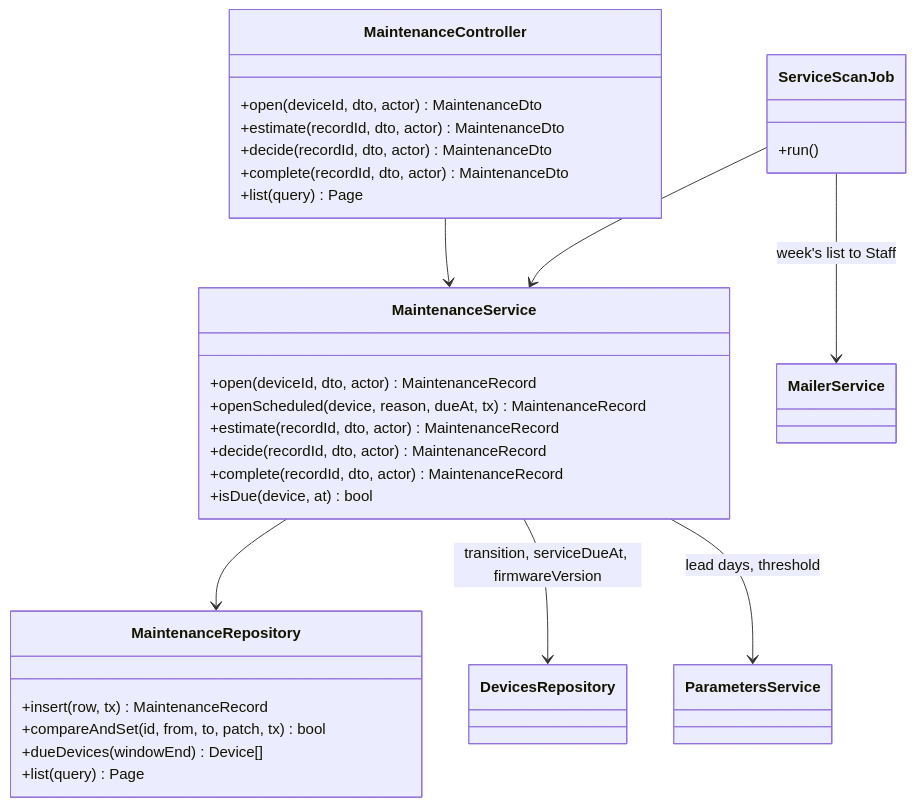
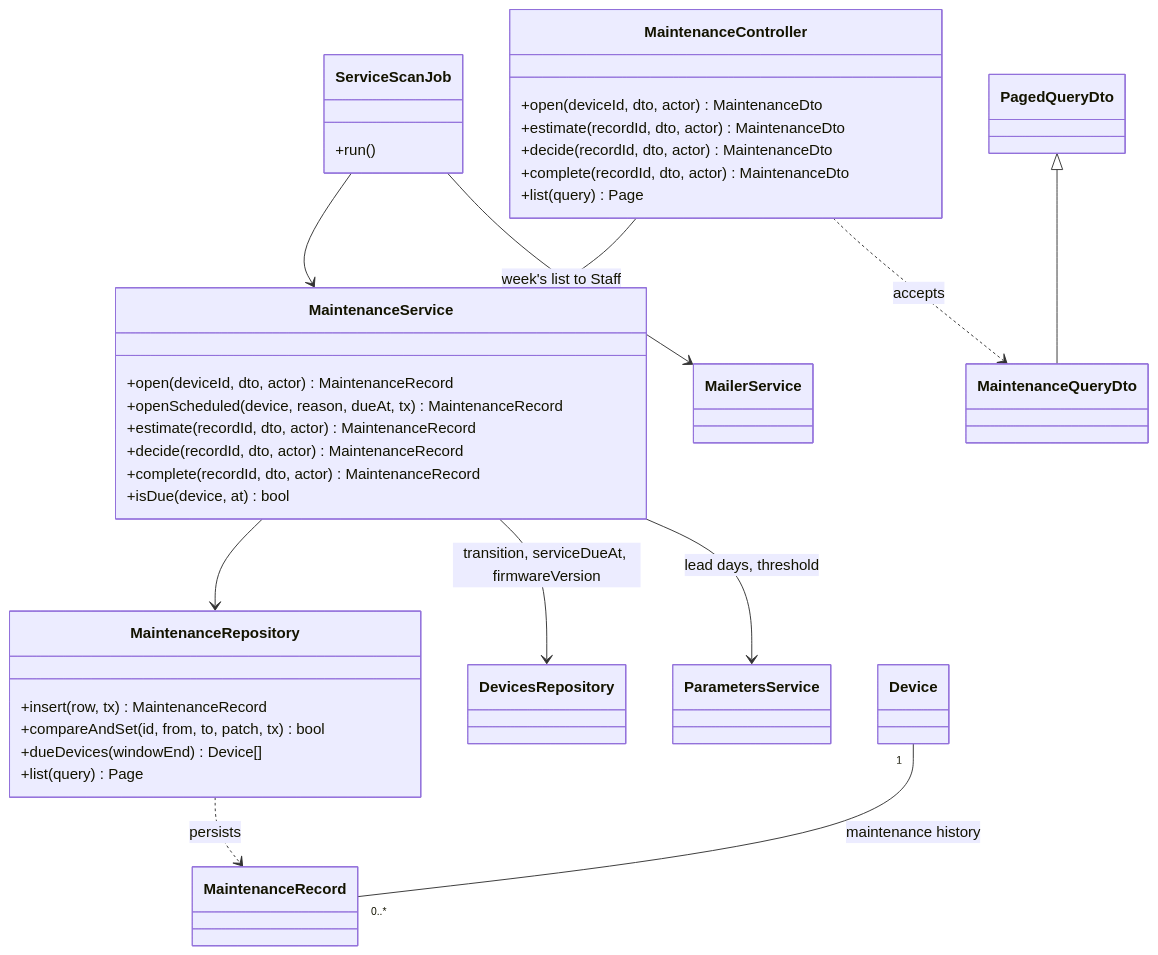
Before and after one commit to TrekLink-Team/treklink-web: diagram 14 of 21 in specs/devices/design.md, drawn with Mermaid. The commit also changed other lines of this file and 7 other files, not shown here.

First line of the commit message:
docs: add code-backed UML class relations and split views

````diff
--- a/specs/devices/design.md
+++ b/specs/devices/design.md
@@ -585,36 +614,51 @@
 ```mermaid
 classDiagram
     class MaintenanceController {
         +open(deviceId, dto, actor) MaintenanceDto
         +estimate(recordId, dto, actor) MaintenanceDto
         +decide(recordId, dto, actor) MaintenanceDto
         +complete(recordId, dto, actor) MaintenanceDto
         +list(query) Page
     }
     class MaintenanceService {
         +open(deviceId, dto, actor) MaintenanceRecord
         +openScheduled(device, reason, dueAt, tx) MaintenanceRecord
         +estimate(recordId, dto, actor) MaintenanceRecord
         +decide(recordId, dto, actor) MaintenanceRecord
         +complete(recordId, dto, actor) MaintenanceRecord
         +isDue(device, at) bool
     }
     class ServiceScanJob {
         +run()
     }
     class MaintenanceRepository {
         +insert(row, tx) MaintenanceRecord
         +compareAndSet(id, from, to, patch, tx) bool
         +dueDevices(windowEnd) Device[]
         +list(query) Page
     }
     class DevicesRepository
     class ParametersService
     class MailerService
     MaintenanceController --> MaintenanceService
     ServiceScanJob --> MaintenanceService
     MaintenanceService --> MaintenanceRepository
     MaintenanceService --> DevicesRepository : transition, serviceDueAt, firmwareVersion
     MaintenanceService --> ParametersService : lead days, threshold
     ServiceScanJob --> MailerService : week's list to Staff
+
+    class Device
+    class MaintenanceRecord
+    class PagedQueryDto
+    class MaintenanceQueryDto
+    %% backend/prisma/schema.prisma:1035; retained history references its asset; no deletion cascade or joint lifetime asserted.
+    Device "1" -- "0..*" MaintenanceRecord : maintenance history
+    %% backend/src/modules/devices/maintenance.repository.ts:102; writes the history record.
+    MaintenanceRepository ..> MaintenanceRecord : persists
+    %% backend/src/modules/devices/dto/maintenance.dto.ts:158; extends PagedQueryDto.
+    PagedQueryDto <|-- MaintenanceQueryDto
+    %% backend/src/modules/devices/maintenance.controller.ts:106; list query DTO.
+    MaintenanceController ..> MaintenanceQueryDto : accepts
+    %% sdd-view: maintenance operations | MaintenanceController,MaintenanceService
+    %% sdd-view: scan persistence and queries | ServiceScanJob,MaintenanceRepository,DevicesRepository,ParametersService,MailerService,Device,MaintenanceRecord,PagedQueryDto,MaintenanceQueryDto
 ```
````
